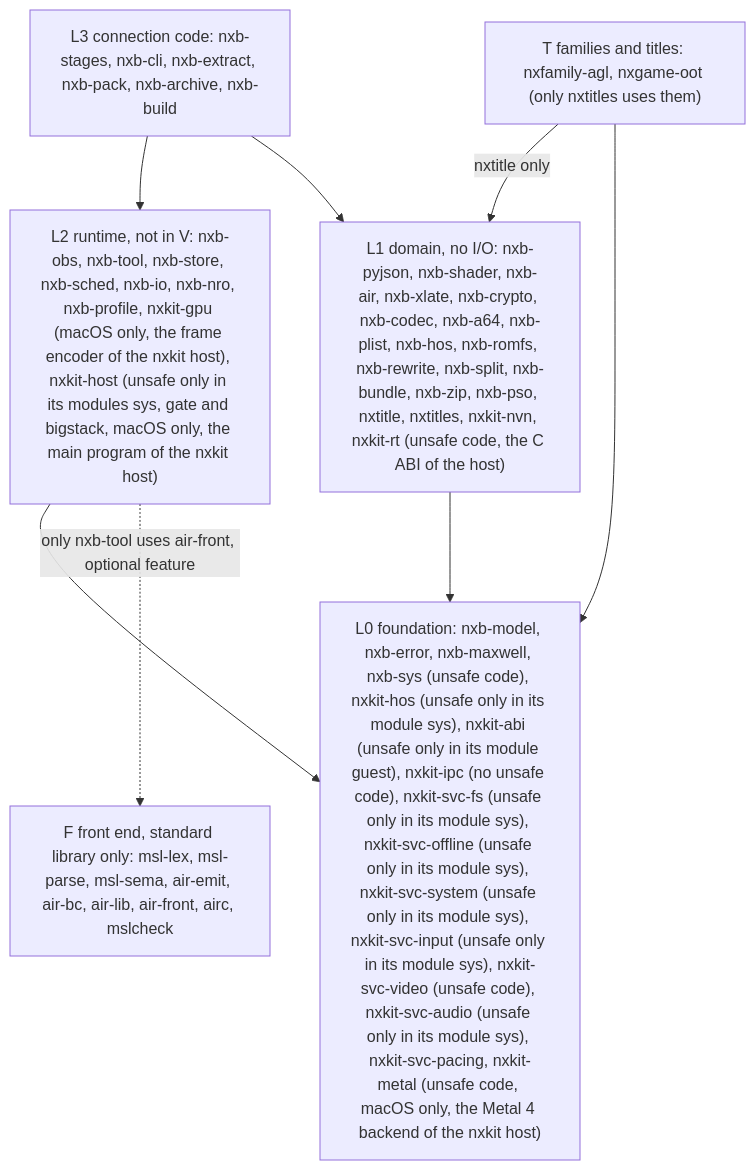
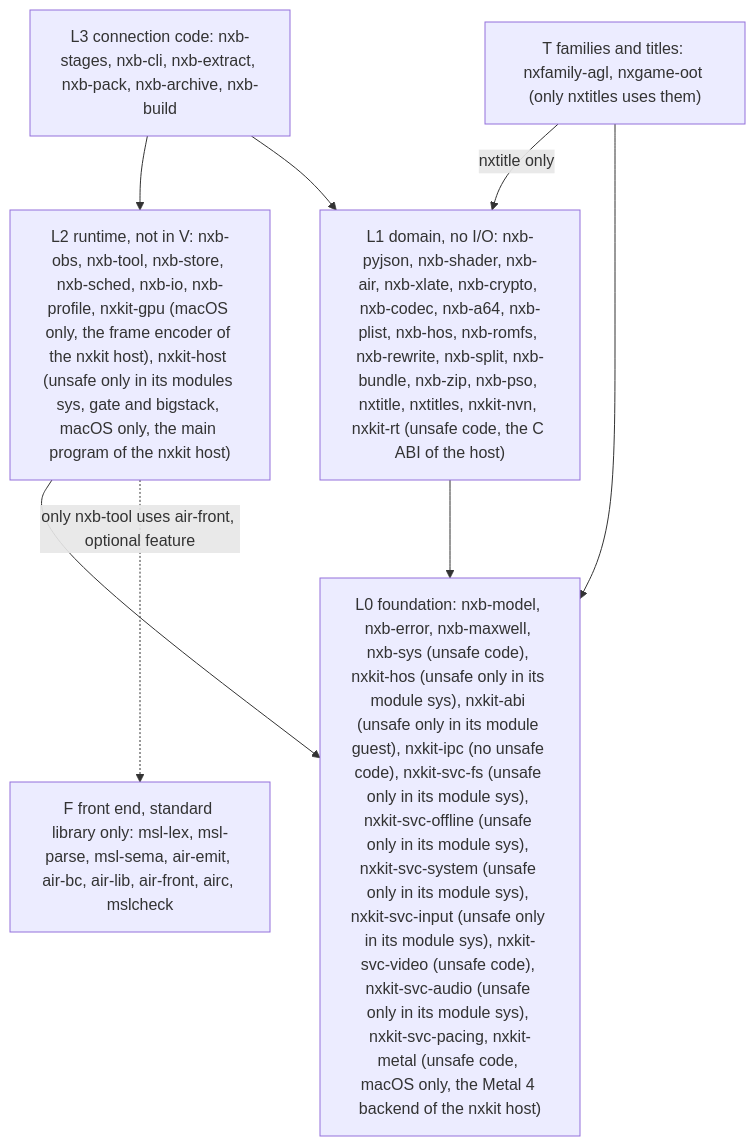
The first of 2 diagrams in docs/architecture.md (b4f8abbb24dbf56a7d0280f296e16eeb/nxkit), drawn with Mermaid before and after one commit. The commit also changed other lines of this file and 376 other files, not shown here.

First line of the commit message:
nxb builds only nxkit apps

````diff
--- a/docs/architecture.md
+++ b/docs/architecture.md
@@ -19,14 +19,14 @@
 ```mermaid
 flowchart TD
   L3["L3 connection code: nxb-stages, nxb-cli, nxb-extract, nxb-pack, nxb-archive, nxb-build"]
-  L2["L2 runtime, not in V: nxb-obs, nxb-tool, nxb-store, nxb-sched, nxb-io, nxb-nro, nxb-profile, nxkit-gpu (macOS only, the frame encoder of the nxkit host), nxkit-host (unsafe only in its modules sys, gate and bigstack, macOS only, the main program of the nxkit host)"]
+  L2["L2 runtime, not in V: nxb-obs, nxb-tool, nxb-store, nxb-sched, nxb-io, nxb-profile, nxkit-gpu (macOS only, the frame encoder of the nxkit host), nxkit-host (unsafe only in its modules sys, gate and bigstack, macOS only, the main program of the nxkit host)"]
   L1["L1 domain, no I/O: nxb-pyjson, nxb-shader, nxb-air, nxb-xlate, nxb-crypto, nxb-codec, nxb-a64, nxb-plist, nxb-hos, nxb-romfs, nxb-rewrite, nxb-split, nxb-bundle, nxb-zip, nxb-pso, nxtitle, nxtitles, nxkit-nvn, nxkit-rt (unsafe code, the C ABI of the host)"]
   L0["L0 foundation: nxb-model, nxb-error, nxb-maxwell, nxb-sys (unsafe code), nxkit-hos (unsafe only in its module sys), nxkit-abi (unsafe only in its module guest), nxkit-ipc (no unsafe code), nxkit-svc-fs (unsafe only in its module sys), nxkit-svc-offline (unsafe only in its module sys), nxkit-svc-system (unsafe only in its module sys), nxkit-svc-input (unsafe only in its module sys), nxkit-svc-video (unsafe code), nxkit-svc-audio (unsafe only in its module sys), nxkit-svc-pacing, nxkit-metal (unsafe code, macOS only, the Metal 4 backend of the nxkit host)"]
   LT["T families and titles: nxfamily-agl, nxgame-oot (only nxtitles uses them)"]
   LF["F front end, standard library only: msl-lex, msl-parse, msl-sema, air-emit, air-bc, air-lib, air-front, airc, mslcheck"]
   L3 --> L2 --> L0
   L3 --> L1 --> L0
   LT -->|nxtitle only| L1
   LT --> L0
   L2 -.->|only nxb-tool uses air-front, optional feature| LF
 ```
````
